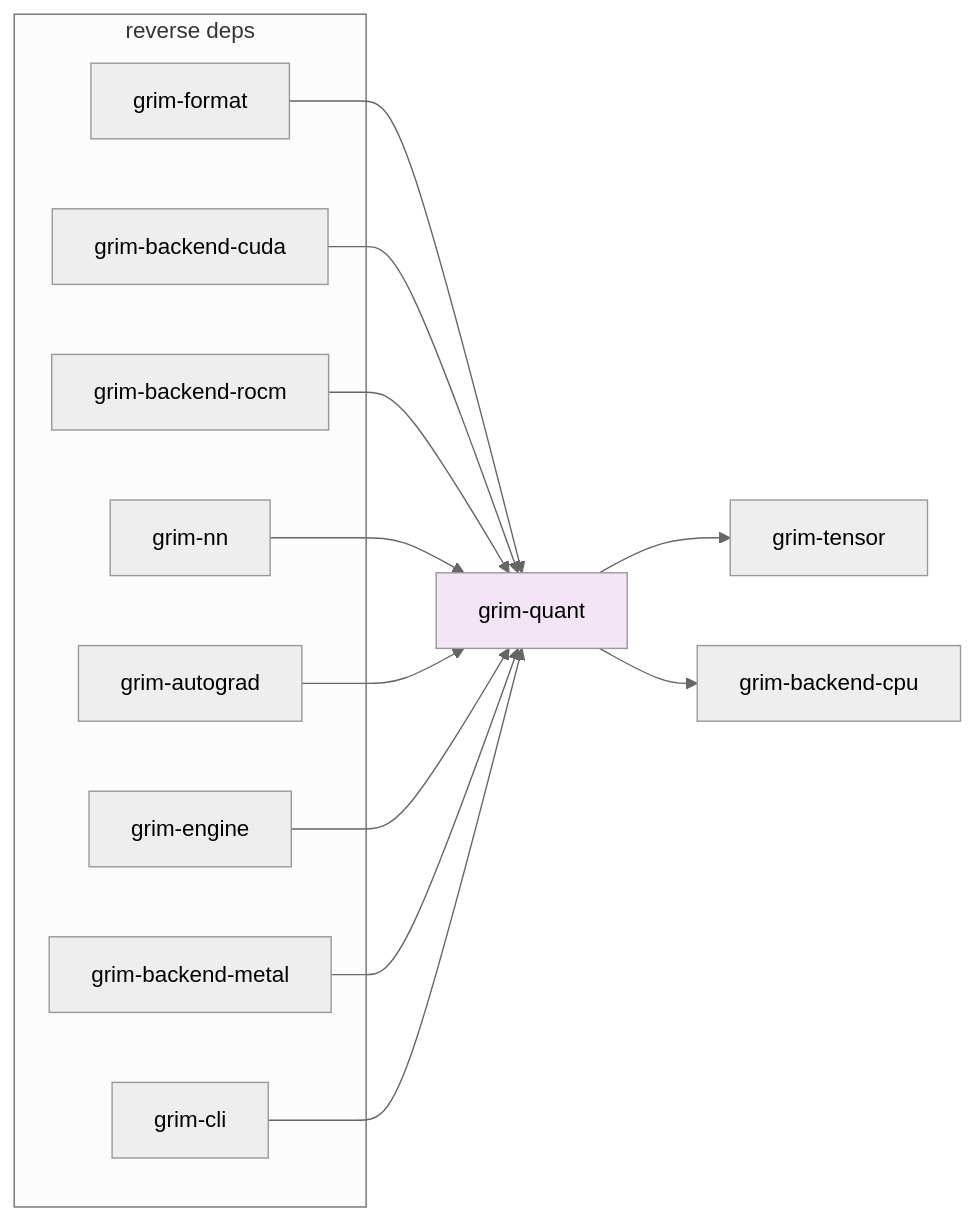
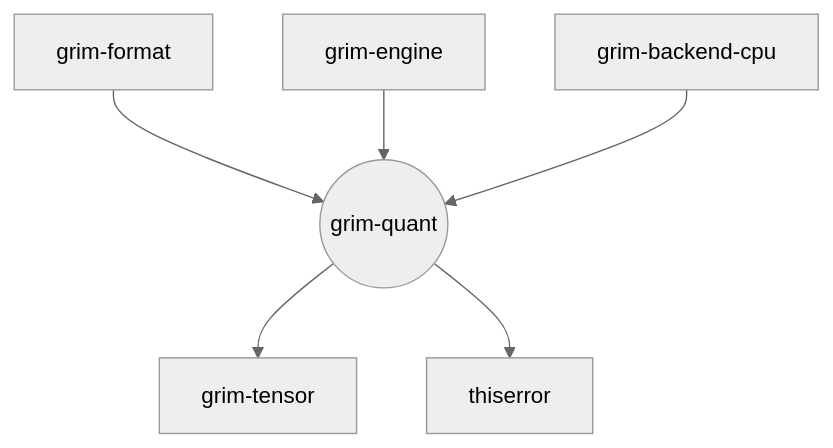
One commit to sydonayrex/grim changed the diagram in crates/grim-quant/README.md. Above: the diagram before and after it, drawn with Mermaid (neutral theme). The commit also changed other lines of this file and 53 other files, not shown here.

````diff
--- a/crates/grim-quant/README.md
+++ b/crates/grim-quant/README.md
@@ -17,27 +10,14 @@
 ```mermaid
-graph LR
-    A[grim-quant] --> B[grim-tensor]
-    A --> C[grim-backend-cpu]
+graph TD
+    %% Focal Node
+    grim-quant(("grim-quant"))
 
-    subgraph "reverse deps"
-        D1[grim-format]
-        D2[grim-backend-cuda]
-        D3[grim-backend-rocm]
-        D4[grim-nn]
-        D5[grim-autograd]
-        D6[grim-engine]
-        D7[grim-backend-metal]
-        D8[grim-cli]
-    end
+    %% Workspace Dependencies
+    grim-quant --> grim-tensor
+    grim-quant --> thiserror
 
-    D1 --> A
-    D2 --> A
-    D3 --> A
-    D4 --> A
-    D5 --> A
-    D6 --> A
-    D7 --> A
-    D8 --> A
-
-    style A fill:#f3e5f5
+    %% Reverse Workspace Dependents
+    grim-format --> grim-quant
+    grim-engine --> grim-quant
+    grim-backend-cpu --> grim-quant
 ```
````
